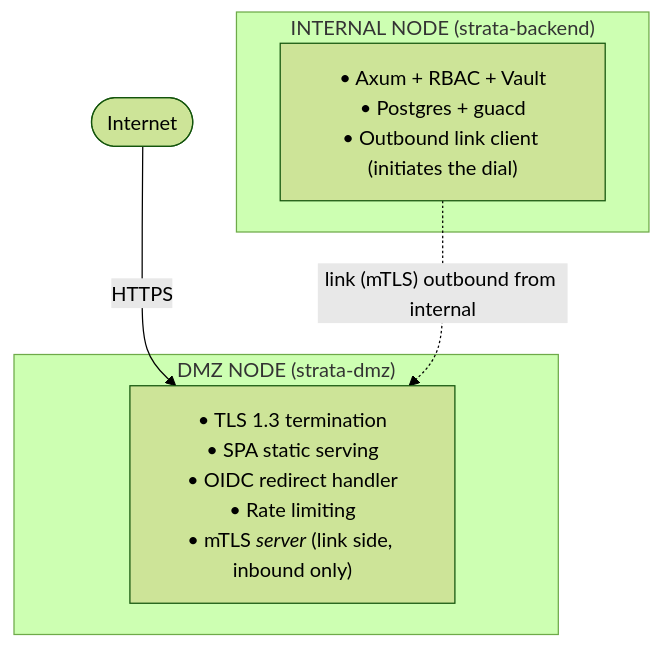
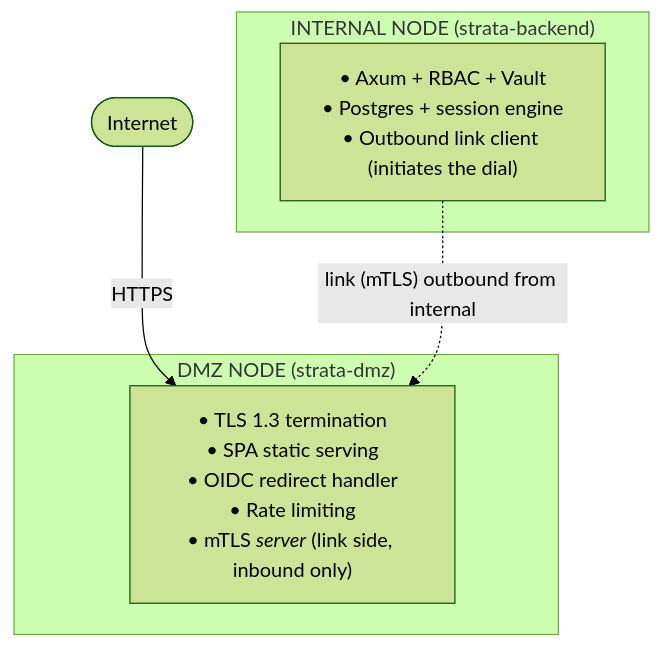
Before and after one commit to Bails309/strata-client: the sixth of 8 diagrams in docs/architecture.md, drawn with Mermaid (forest theme). The commit also changed other lines of this file and 167 other files, not shown here.

````diff
--- a/docs/architecture.md
+++ b/docs/architecture.md
@@ -1368,12 +1451,12 @@
 ```mermaid
 flowchart TB
     Internet([Internet])
     Internet -->|HTTPS| DMZ
     subgraph DMZNode["DMZ NODE (strata-dmz)"]
         DMZ["• TLS 1.3 termination<br/>• SPA static serving<br/>• OIDC redirect handler<br/>• Rate limiting<br/>• mTLS <em>server</em> (link side, inbound only)"]
     end
     subgraph InternalNode["INTERNAL NODE (strata-backend)"]
-        Internal["• Axum + RBAC + Vault<br/>• Postgres + guacd<br/>• Outbound link client (initiates the dial)"]
+        Internal["• Axum + RBAC + Vault<br/>• Postgres + session engine<br/>• Outbound link client (initiates the dial)"]
     end
     Internal -.->|"link (mTLS) outbound from internal"| DMZ
 ```
````
